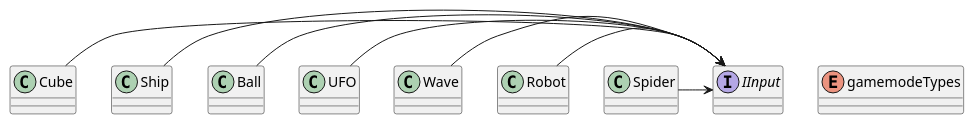
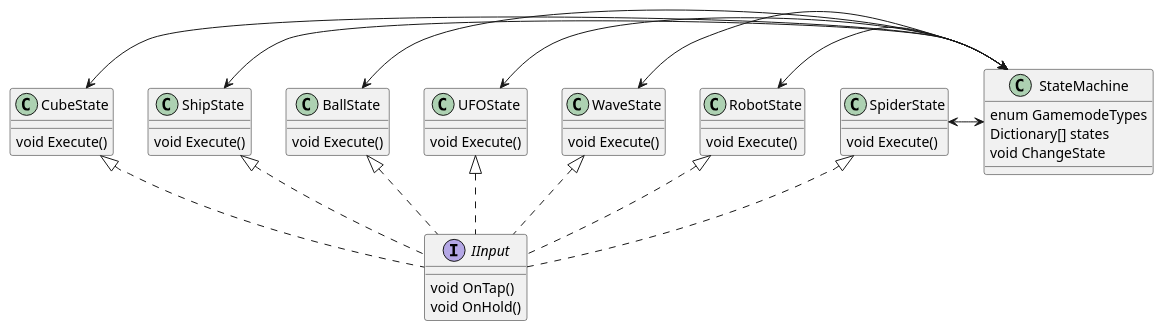
The diagram in masterfile.plantuml (Roboolet/DomainDecompositionUML), drawn with PlantUML before and after one commit.

Commit message:
Updated hierarchy to include StateMachine

```diff
--- a/masterfile.plantuml
+++ b/masterfile.plantuml
@@ -1,29 +1,58 @@
 @startuml Geometry Dash Hierarchy
 ' <|-- Extension
 ' *-- Composition
 ' o-- Aggregation
 ' <|.. dotted line
 
 ' Dion's section, gamemodes  
-interface IInput 
+interface IInput {
+    void OnTap()
+    void OnHold()
+}
 
-class Cube
-class Ship
-class Ball
-class UFO
-class Wave
-class Robot
-class Spider
+class CubeState {
+    void Execute()
+}
+class ShipState {
+    void Execute()
+}
+class BallState {
+    void Execute()
+}
+class UFOState {
+    void Execute()
+}
+class WaveState {
+    void Execute()
+}
+class RobotState {
+    void Execute()
+}
+class SpiderState {
+    void Execute()
+}
 
-enum gamemodeTypes
+class StateMachine {
+    enum GamemodeTypes
+    Dictionary[] states
+    void ChangeState
+}
 
 ' Connections 
-Cube -> IInput
-Ship -> IInput
-Ball -> IInput
-UFO -> IInput
-Wave -> IInput
-Robot -> IInput
-Spider -> IInput
+CubeState <|.. IInput
+ShipState <|.. IInput
+BallState <|.. IInput
+UFOState <|.. IInput
+WaveState <|.. IInput
+RobotState <|.. IInput
+SpiderState <|.. IInput
+
+CubeState <-> StateMachine
+ShipState <-> StateMachine
+BallState <-> StateMachine
+UFOState <-> StateMachine
+WaveState <-> StateMachine
+RobotState <-> StateMachine
+SpiderState <-> StateMachine
 
 @enduml 
```
